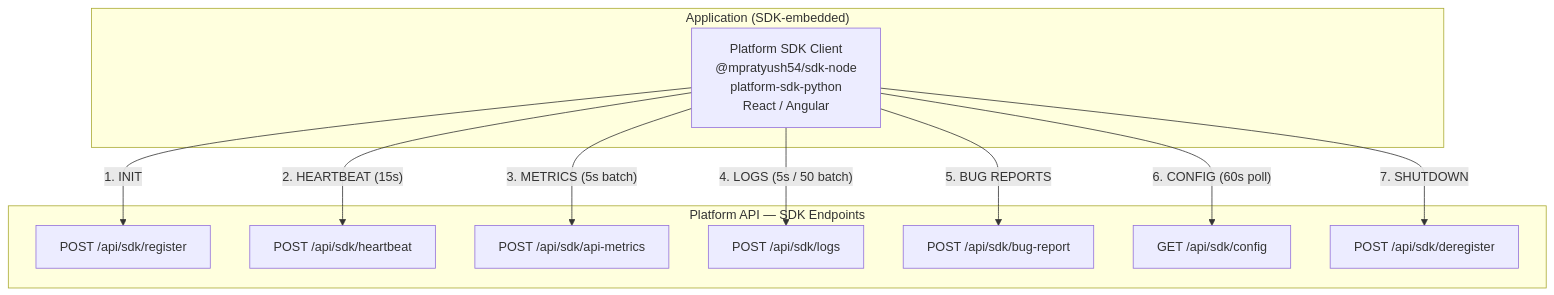
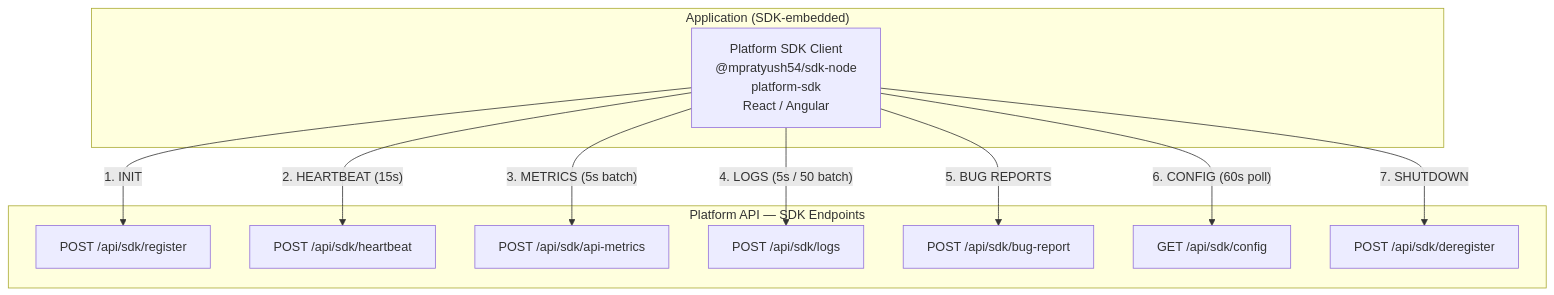
One commit to Mpratyush54/server-automation changed the first of 5 diagrams in platform/portal/public/docs/architecture/sdk-lifecycle.md. Above: the diagram before and after it, drawn with Mermaid. The commit also changed 88 other files, not shown here.

````diff
--- a/platform/portal/public/docs/architecture/sdk-lifecycle.md
+++ b/platform/portal/public/docs/architecture/sdk-lifecycle.md
@@ -7,24 +7,24 @@
 ```mermaid
 graph TB
     subgraph App["Application (SDK-embedded)"]
-        SDK["Platform SDK Client<br/>@mpratyush54/sdk-node<br/>platform-sdk-python<br/>React / Angular"]
+        SDK["Platform SDK Client<br/>@mpratyush54/sdk-node<br/>platform-sdk<br/>React / Angular"]
     end
 
     subgraph API["Platform API — SDK Endpoints"]
         REG["POST /api/sdk/register"]
         HB["POST /api/sdk/heartbeat"]
         MET["POST /api/sdk/api-metrics"]
         LOG["POST /api/sdk/logs"]
         BUG["POST /api/sdk/bug-report"]
         CFG["GET /api/sdk/config"]
         DEREG["POST /api/sdk/deregister"]
     end
 
     SDK -- "1. INIT" --> REG
     SDK -- "2. HEARTBEAT (15s)" --> HB
     SDK -- "3. METRICS (5s batch)" --> MET
     SDK -- "4. LOGS (5s / 50 batch)" --> LOG
     SDK -- "5. BUG REPORTS" --> BUG
     SDK -- "6. CONFIG (60s poll)" --> CFG
     SDK -- "7. SHUTDOWN" --> DEREG
 ```
````
